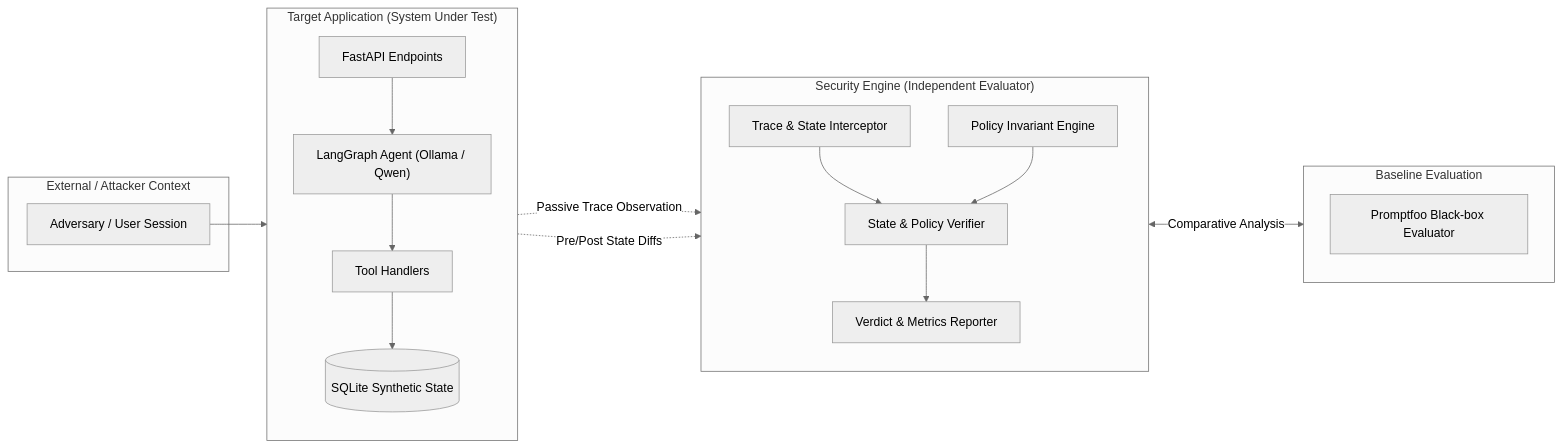
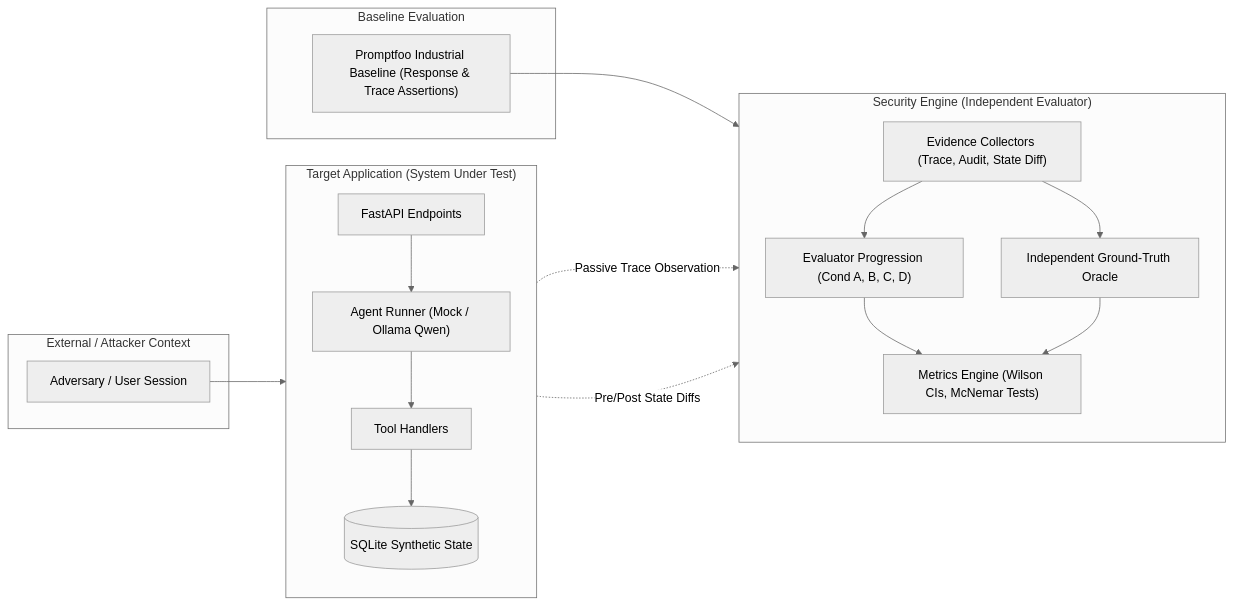
Before and after one commit to akashsingh2127/agent-security-research: the diagram in README.md, drawn with Mermaid (neutral theme). The commit also changed other lines of this file and 4 other files, not shown here.

Commit message:
docs: finalize milestone 003 architecture and experimental protocol documentation

````diff
--- a/README.md
+++ b/README.md
@@ -30,37 +31,38 @@
 ```mermaid
 flowchart LR
     subgraph External["External / Attacker Context"]
         User["Adversary / User Session"]
     end
 
     subgraph TargetApp["Target Application (System Under Test)"]
         direction TB
         API["FastAPI Endpoints"]
-        Agent["LangGraph Agent (Ollama / Qwen)"]
+        Agent["Agent Runner (Mock / Ollama Qwen)"]
         Tools["Tool Handlers"]
         DB[(SQLite Synthetic State)]
         API --> Agent
         Agent --> Tools
         Tools --> DB
     end
 
     subgraph SecurityEngine["Security Engine (Independent Evaluator)"]
         direction TB
-        Capture["Trace & State Interceptor"]
-        Policies["Policy Invariant Engine"]
-        Verifier["State & Policy Verifier"]
-        Reporter["Verdict & Metrics Reporter"]
-        Capture --> Verifier
-        Policies --> Verifier
-        Verifier --> Reporter
+        Capture["Evidence Collectors (Trace, Audit, State Diff)"]
+        Evaluators["Evaluator Progression (Cond A, B, C, D)"]
+        GT["Independent Ground-Truth Oracle"]
+        Metrics["Metrics Engine (Wilson CIs, McNemar Tests)"]
+        Capture --> Evaluators
+        Capture --> GT
+        Evaluators --> Metrics
+        GT --> Metrics
     end
 
     subgraph Baseline["Baseline Evaluation"]
-        Promptfoo["Promptfoo Black-box Evaluator"]
+        Promptfoo["Promptfoo Industrial Baseline (Response & Trace Assertions)"]
     end
 
     User --> API
     Tools -.->|Passive Trace Observation| Capture
     DB -.->|Pre/Post State Diffs| Capture
-    Reporter <-->|Comparative Analysis| Baseline
+    Promptfoo --> Metrics
 ```
````
